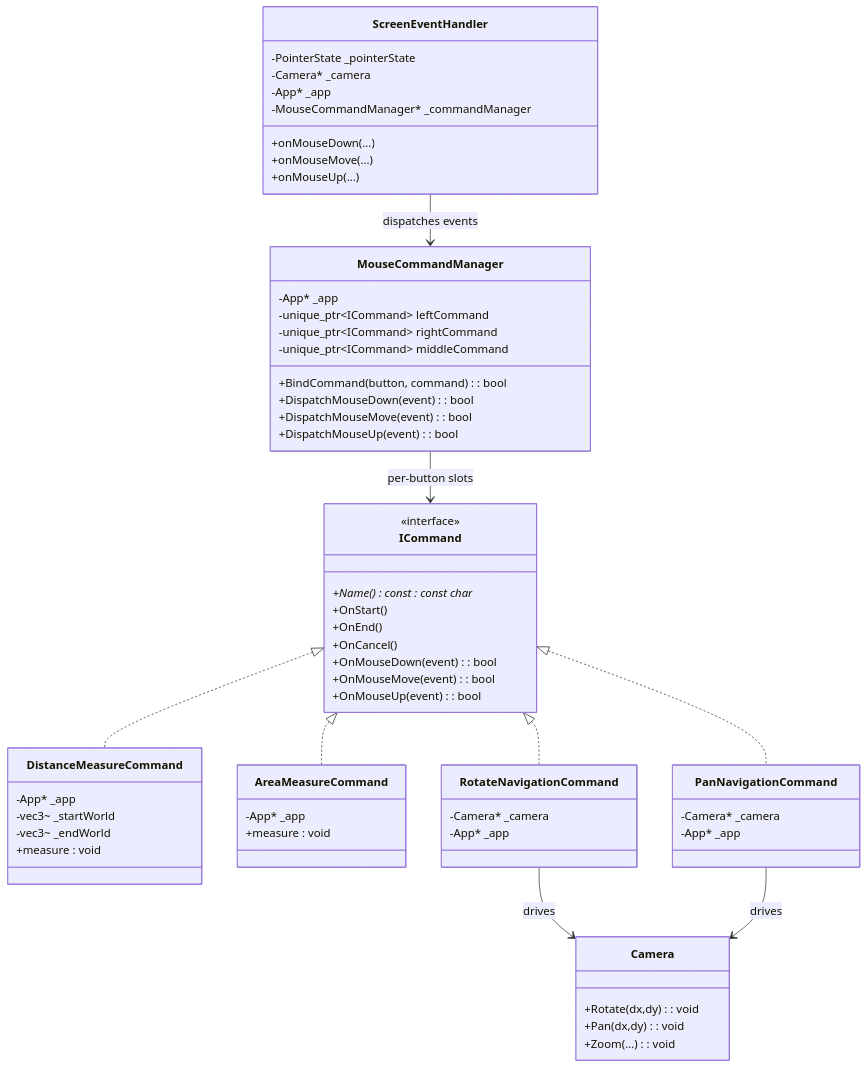
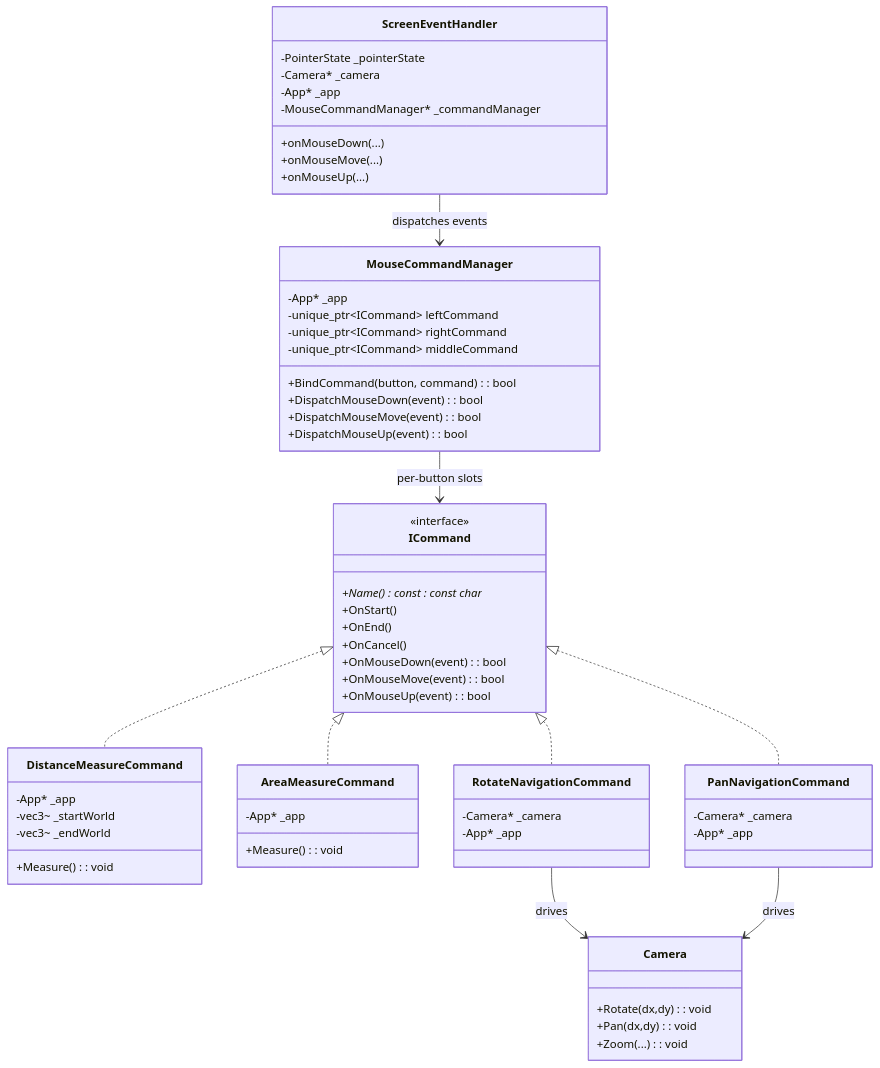
The second of 2 diagrams in GraphV3.md (vfa-khaidt1/vfa-cdn), drawn with Mermaid before and after one commit.

````diff
--- a/GraphV3.md
+++ b/GraphV3.md
@@ -36,73 +36,73 @@
 ```mermaid
 classDiagram
     class ScreenEventHandler {
         -PointerState _pointerState
         -Camera* _camera
         -App* _app
         -MouseCommandManager* _commandManager
         +onMouseDown(...)
         +onMouseMove(...)
         +onMouseUp(...)
     }
 
     class ICommand {
         <<interface>>
         +Name() const : const char*
         +OnStart()
         +OnEnd()
         +OnCancel()
         +OnMouseDown(event): bool
         +OnMouseMove(event): bool
         +OnMouseUp(event): bool
     }
 
     class MouseCommandManager {
         -App* _app
         -unique_ptr~ICommand~ leftCommand
         -unique_ptr~ICommand~ rightCommand
         -unique_ptr~ICommand~ middleCommand
         +BindCommand(button, command): bool
         +DispatchMouseDown(event): bool
         +DispatchMouseMove(event): bool
         +DispatchMouseUp(event): bool
     }
 
     class DistanceMeasureCommand {
         -App* _app
         -vec3~ _startWorld
         -vec3~ _endWorld
-        +measure : void
+        +Measure(): void
     }
 
     class AreaMeasureCommand {
         -App* _app
-        +measure : void
+        +Measure() : void
     }
 
     class PanNavigationCommand {
         -Camera* _camera
         -App* _app
     }
 
     class RotateNavigationCommand {
         -Camera* _camera
         -App* _app
     }
 
     class Camera {
         +Rotate(dx,dy): void
         +Pan(dx,dy): void
         +Zoom(...): void
     }
 
 
     ICommand <|.. DistanceMeasureCommand
     ICommand <|.. AreaMeasureCommand
     ICommand <|.. RotateNavigationCommand
     ICommand <|.. PanNavigationCommand
 
     ScreenEventHandler --> MouseCommandManager : dispatches events
     MouseCommandManager --> ICommand : per-button slots
     RotateNavigationCommand --> Camera : drives
     PanNavigationCommand --> Camera : drives
 ```
````
